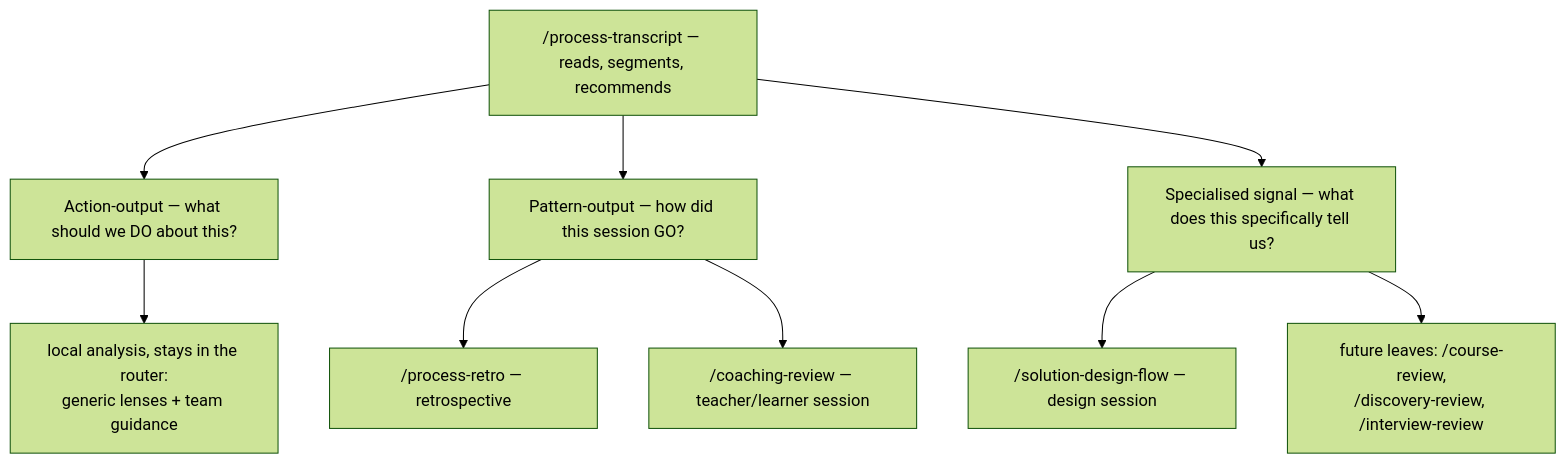
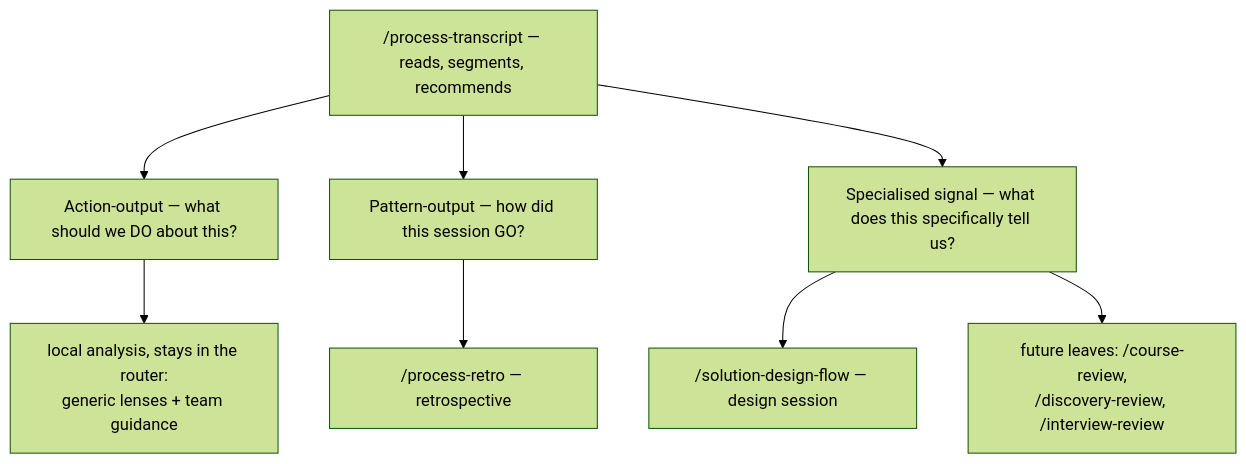
One commit to CauchyIO/awow changed the first of 2 diagrams in guides/guide-transcript-router.md. Above: the diagram before and after it, drawn with Mermaid (forest theme). The commit also changed other lines of this file and 1293 other files, not shown here.

````diff
--- a/guides/guide-transcript-router.md
+++ b/guides/guide-transcript-router.md
@@ -17,12 +17,11 @@
 ```mermaid
 flowchart TD
   router["/process-transcript — reads, segments, recommends"]
   router --> action["Action-output — what should we DO about this?"]
   router --> pattern["Pattern-output — how did this session GO?"]
   router --> signal["Specialised signal — what does this specifically tell us?"]
   action --> fallback["local analysis, stays in the router:<br>generic lenses + team guidance"]
   pattern --> retro["/process-retro — retrospective"]
-  pattern --> coach["/coaching-review — teacher/learner session"]
   signal --> design["/solution-design-flow — design session"]
   signal --> future["future leaves: /course-review,<br>/discovery-review, /interview-review"]
 ```
````
